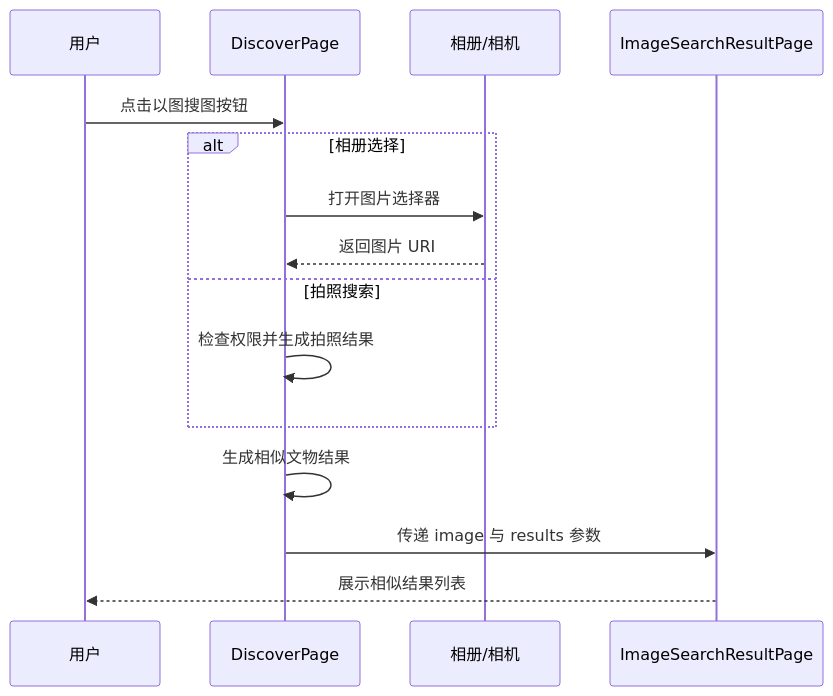
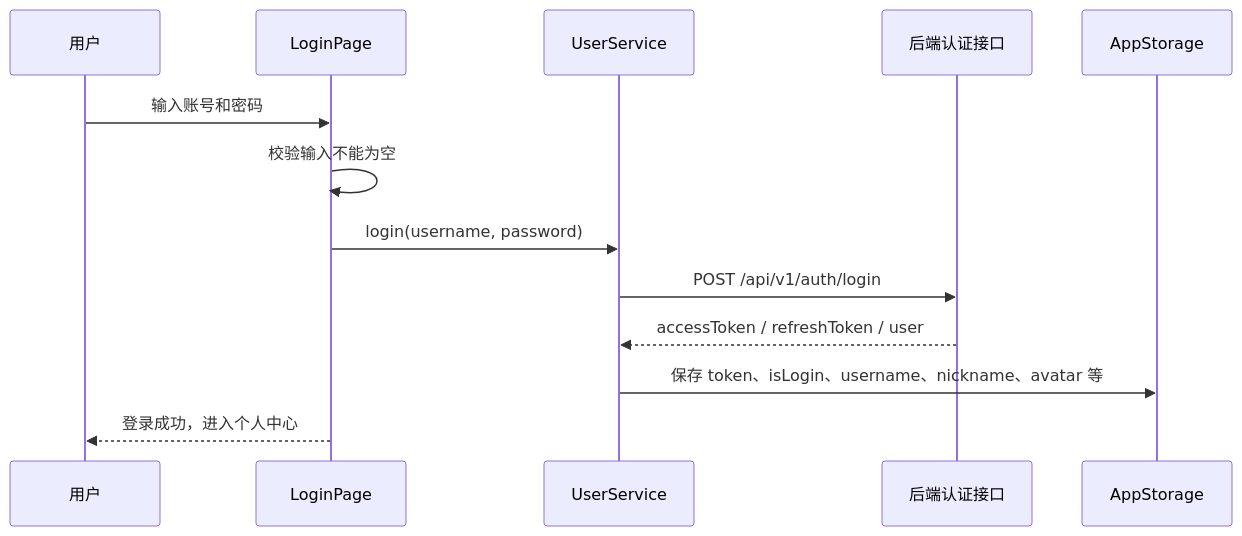
Diagram 13 of 18 in Doc/设计文档.md (BUCT-CS2301/PalmMuseum), drawn with Mermaid before and after one commit. The commit also changed other lines of this file, not shown here.

````diff
--- a/Doc/设计文档.md
+++ b/Doc/设计文档.md
@@ -558,18 +1180,16 @@
 ```mermaid
 sequenceDiagram
     participant User as 用户
-    participant Discover as DiscoverPage
-    participant Picker as 相册/相机
-    participant Result as ImageSearchResultPage
+    participant Login as LoginPage
+    participant Service as UserService
+    participant API as 后端认证接口
+    participant Store as AppStorage
 
-    User->>Discover: 点击以图搜图按钮
-    alt 相册选择
-        Discover->>Picker: 打开图片选择器
-        Picker-->>Discover: 返回图片 URI
-    else 拍照搜索
-        Discover->>Discover: 检查权限并生成拍照结果
-    end
-    Discover->>Discover: 生成相似文物结果
-    Discover->>Result: 传递 image 与 results 参数
-    Result-->>User: 展示相似结果列表
+    User->>Login: 输入账号和密码
+    Login->>Login: 校验输入不能为空
+    Login->>Service: login(username, password)
+    Service->>API: POST /api/v1/auth/login
+    API-->>Service: accessToken / refreshToken / user
+    Service->>Store: 保存 token、isLogin、username、nickname、avatar 等
+    Login-->>User: 登录成功，进入个人中心
 ```
````
